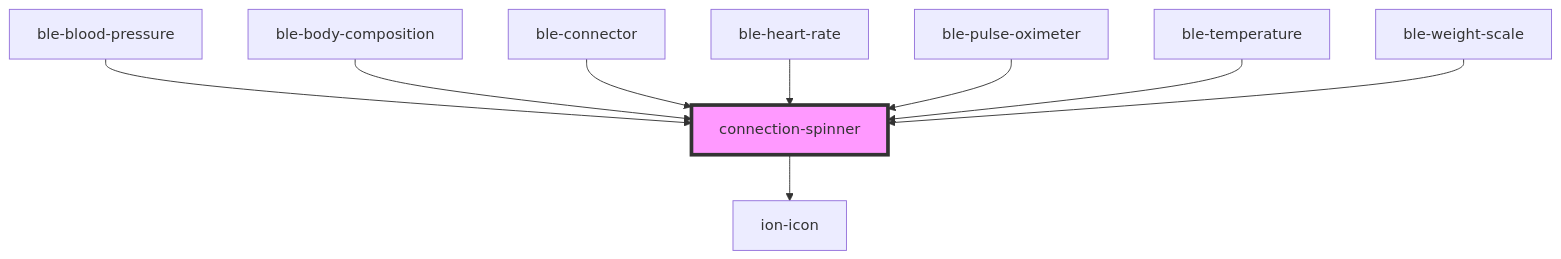
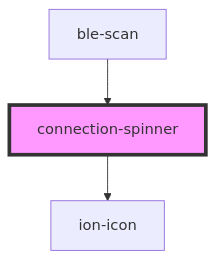
Before and after one commit to hnu-digihealth/sensorframework: the diagram in src/components/ble-scan/ble-connection-spinner/readme.md, drawn with Mermaid. The commit also changed other lines of this file and 33 other files, not shown here.

````diff
--- a/src/components/ble-scan/ble-connection-spinner/readme.md
+++ b/src/components/ble-scan/ble-connection-spinner/readme.md
@@ -33,12 +27,6 @@
 ```mermaid
 graph TD;
   connection-spinner --> ion-icon
-  ble-blood-pressure --> connection-spinner
-  ble-body-composition --> connection-spinner
-  ble-connector --> connection-spinner
-  ble-heart-rate --> connection-spinner
-  ble-pulse-oximeter --> connection-spinner
-  ble-temperature --> connection-spinner
-  ble-weight-scale --> connection-spinner
+  ble-scan --> connection-spinner
   style connection-spinner fill:#f9f,stroke:#333,stroke-width:4px
 ```
````
